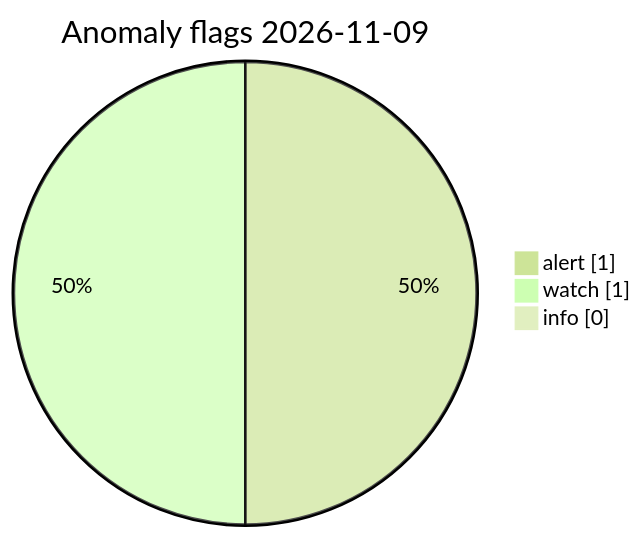
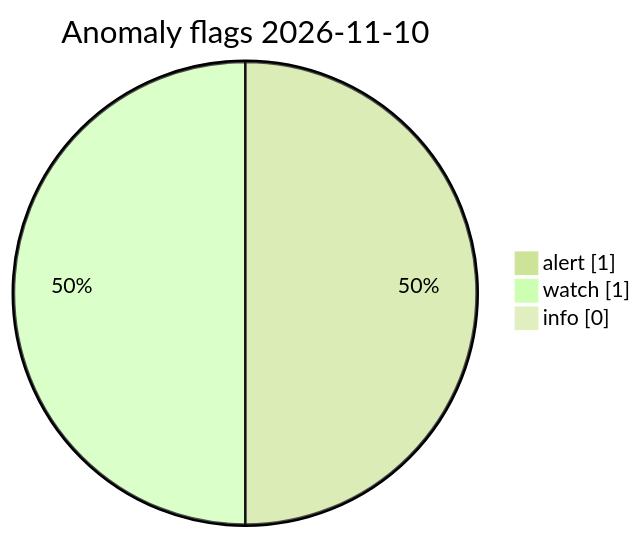
One commit to Midwest-Stratospheric/Unified-Open-Global-Weather changed the diagram in visuals/latest/CHARTS.md. Above: the diagram before and after it, drawn with Mermaid (forest theme). The commit also changed other lines of this file and 23 other files, not shown here.

Commit message:
data(visuals): automated charts 2026-11-10T13:09Z

````diff
--- a/visuals/latest/CHARTS.md
+++ b/visuals/latest/CHARTS.md
@@ -73,7 +73,7 @@
 ```mermaid
 pie showData
-  title Anomaly flags 2026-11-09
+  title Anomaly flags 2026-11-10
   "alert" : 1
   "watch" : 1
   "info" : 0
 ```
````
